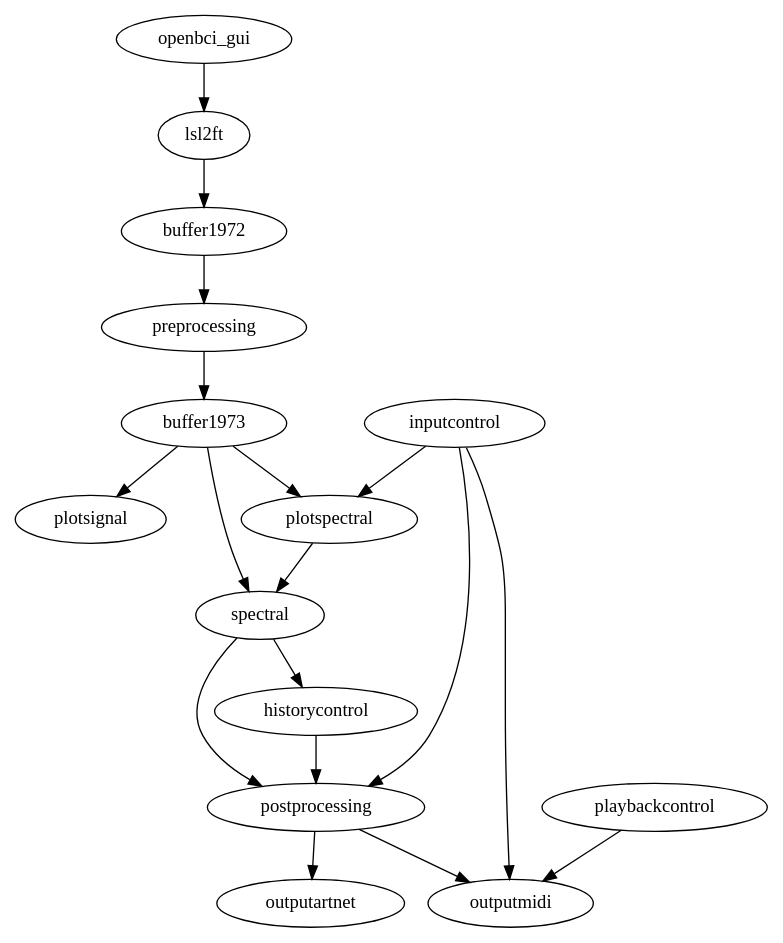
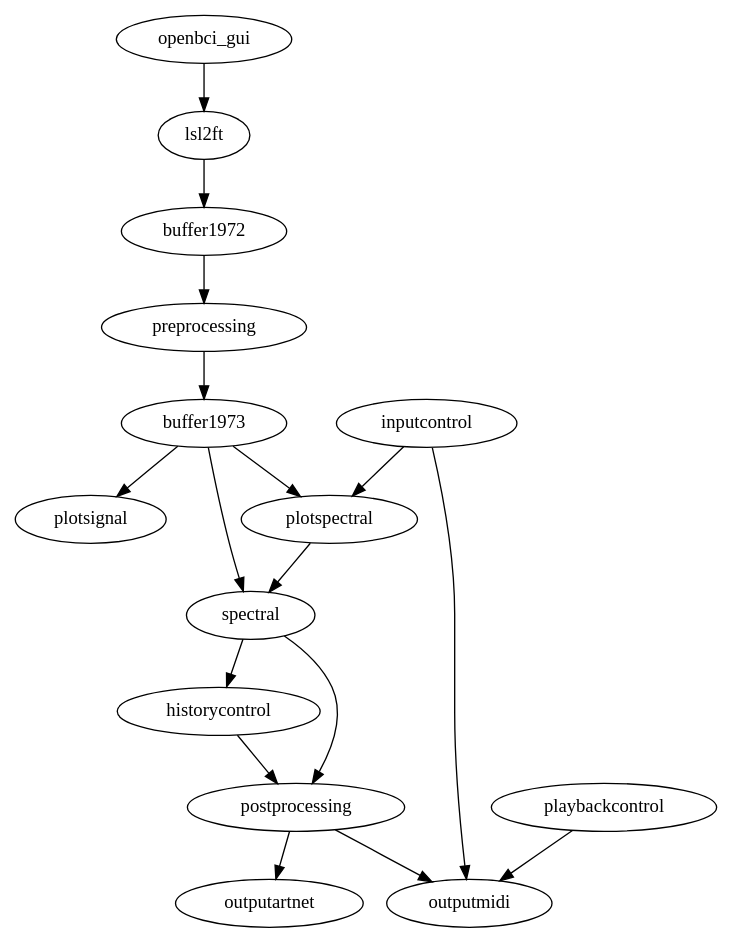
The diagram in patches/karlstad/patch.dot (eegsynth/eegsynth), drawn with Graphviz before and after one commit. The commit also changed 2 other files, not shown here.

```diff
--- a/patches/karlstad/patch.dot
+++ b/patches/karlstad/patch.dot
@@ -1,20 +1,19 @@
 # To convert this into a bitmap representation, do this
 #   dot -Tpng -o patch.png patch.dot
 #
 digraph {
   openbci_gui -> lsl2ft;
   lsl2ft -> buffer1972 -> preprocessing -> buffer1973;
   buffer1973 -> plotsignal;
   buffer1973 -> plotspectral;
   buffer1973 -> spectral;
   inputcontrol -> plotspectral;
-  inputcontrol -> postprocessing;
   plotspectral -> spectral;
   inputcontrol -> outputmidi;
   spectral -> historycontrol;
   spectral -> postprocessing;
   historycontrol -> postprocessing;
   playbackcontrol -> outputmidi;
   postprocessing -> outputmidi;
   postprocessing -> outputartnet;
 }
```
